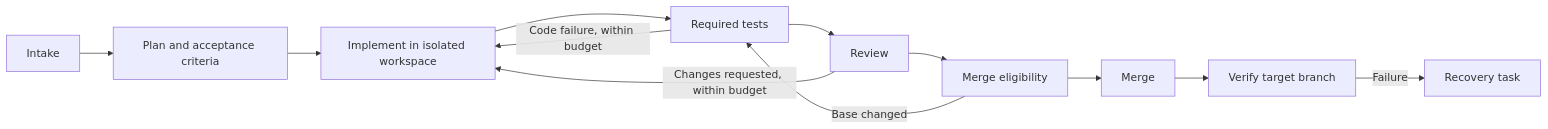
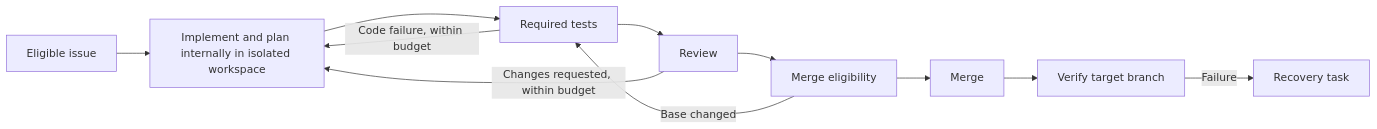
The diagram in docs/managed-development-design.md (zhoushoujianwork/clawflow), drawn with Mermaid before and after one commit. The commit also changed other lines of this file and 15 other files, not shown here.

````diff
--- a/docs/managed-development-design.md
+++ b/docs/managed-development-design.md
@@ -40,14 +42,13 @@
 ```mermaid
 flowchart LR
-    A[Intake] --> B[Plan and acceptance criteria]
-    B --> C[Implement in isolated workspace]
+    A[Eligible issue] --> C[Implement and plan internally in isolated workspace]
     C --> D[Required tests]
     D --> E[Review]
     E --> F[Merge eligibility]
     F --> G[Merge]
     G --> H[Verify target branch]
     D -- Code failure, within budget --> C
     E -- Changes requested, within budget --> C
     F -- Base changed --> D
     H -- Failure --> I[Recovery task]
 ```
````
